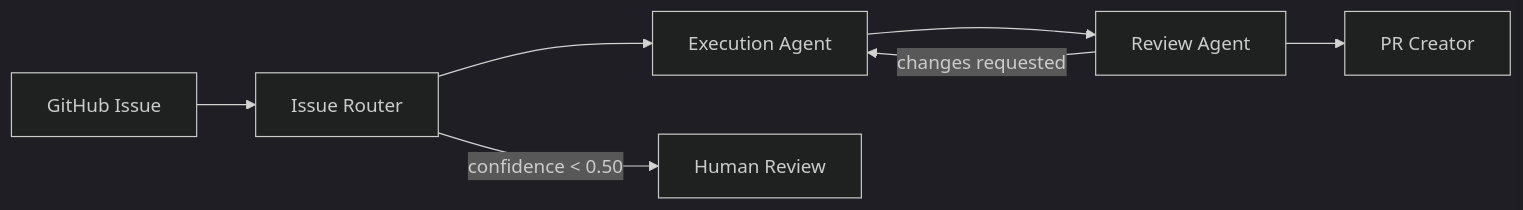
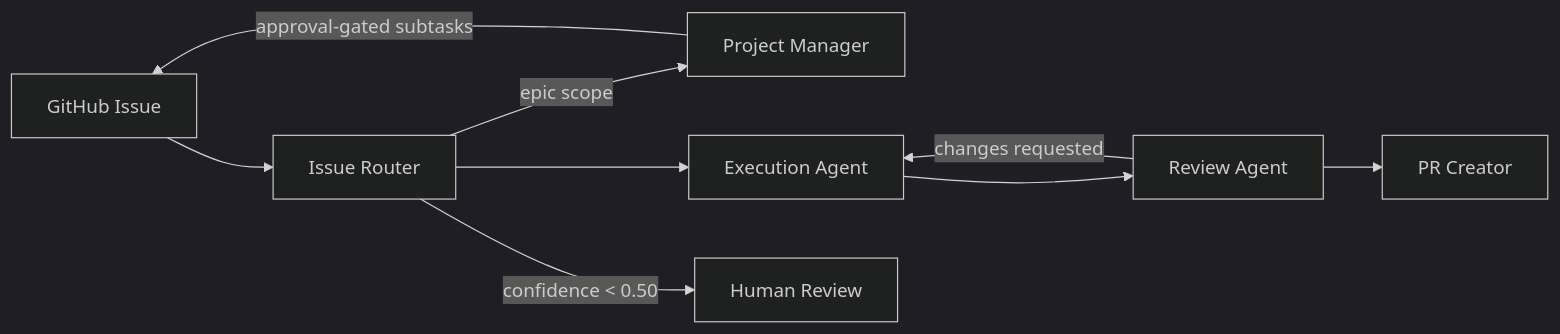
The diagram in docs/agent-router.md (freqkflag/openbook-author), drawn with Mermaid (dark theme) before and after one commit. The commit also changed other lines of this file and 9 other files, not shown here.

Commit message:
feat(automation): add project subtask approval workflow

````diff
--- a/docs/agent-router.md
+++ b/docs/agent-router.md
@@ -7,9 +7,11 @@
 ```mermaid
 flowchart LR
   GH[GitHub Issue] --> IR[Issue Router]
+  IR -->|epic scope| PM[Project Manager]
+  PM -->|approval-gated subtasks| GH
   IR --> EA[Execution Agent]
   EA --> RA[Review Agent]
   RA --> PR[PR Creator]
   RA -->|changes requested| EA
   IR -->|confidence < 0.50| HR[Human Review]
 ```
````
